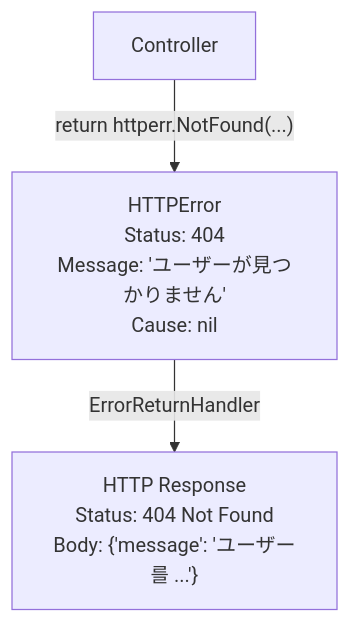
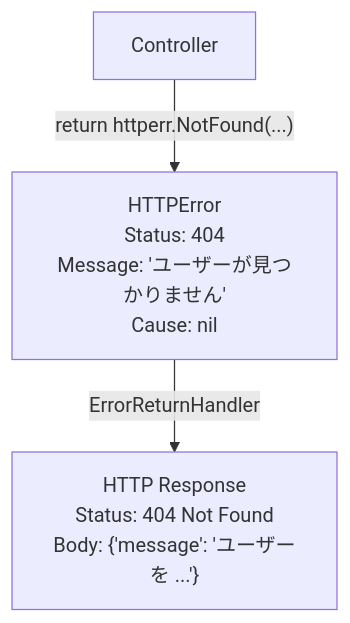
One commit to NARUBROWN/spine-site changed the diagram in docs/ja/learn/core-concepts/httperr.md. Above: the diagram before and after it, drawn with Mermaid. The commit also changed other lines of this file and 16 other files, not shown here.

````diff
--- a/docs/ja/learn/core-concepts/httperr.md
+++ b/docs/ja/learn/core-concepts/httperr.md
@@ -11,11 +11,11 @@
 ```mermaid
 graph TD
     Controller["Controller"]
     Controller -- "return httperr.NotFound(...)" --> HTTPError
     
     HTTPError["HTTPError<br/>Status: 404<br/>Message: 'ユーザーが見つかりません'<br/>Cause: nil"]
     
     HTTPError -- ErrorReturnHandler --> Response
     
-    Response["HTTP Response<br/>Status: 404 Not Found<br/>Body: {'message': 'ユーザー를 ...'}"]
+    Response["HTTP Response<br/>Status: 404 Not Found<br/>Body: {'message': 'ユーザーを ...'}"]
 ```
````
